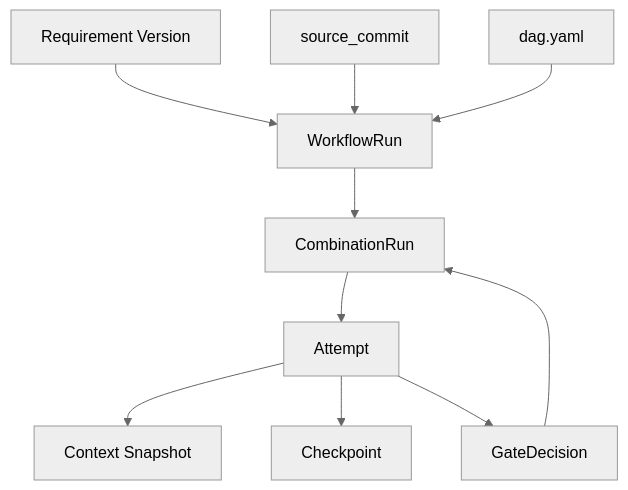
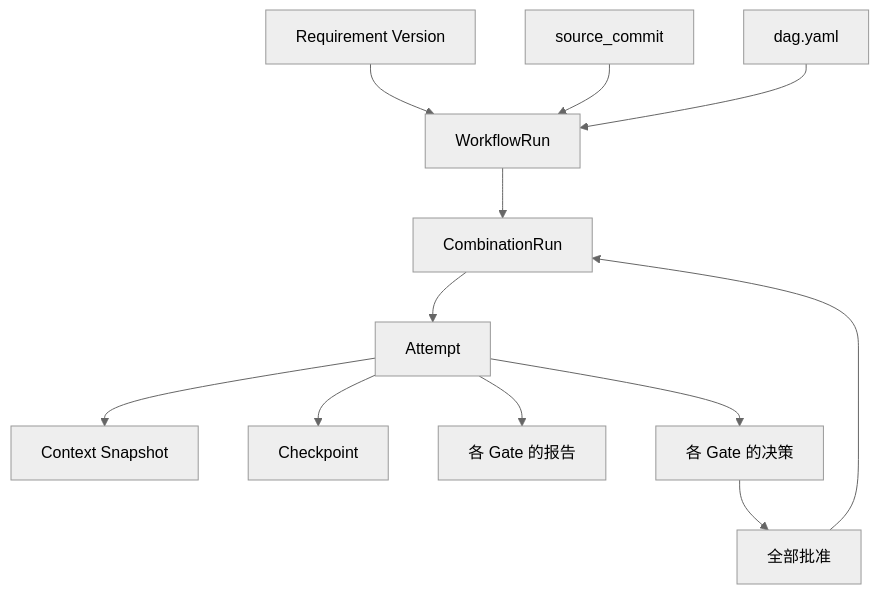
Before and after one commit to LingMessy/facetloom: the first of 5 diagrams in design/02-requirement.md, drawn with Mermaid (neutral theme). The commit also changed other lines of this file and 10 other files, not shown here.

````diff
--- a/design/02-requirement.md
+++ b/design/02-requirement.md
@@ -7,12 +7,14 @@
 ```mermaid
 flowchart TD
     RV[Requirement Version] --> WR[WorkflowRun]
     SC[source_commit] --> WR
     DAG[dag.yaml] --> WR
     WR --> CR[CombinationRun]
     CR --> AT[Attempt]
     AT --> CS[Context Snapshot]
     AT --> CP[Checkpoint]
-    AT --> GD[GateDecision]
-    GD --> CR
+    AT --> GR[各 Gate 的报告]
+    AT --> GD[各 Gate 的决策]
+    GD --> ALL[全部批准]
+    ALL --> CR
 ```
````
